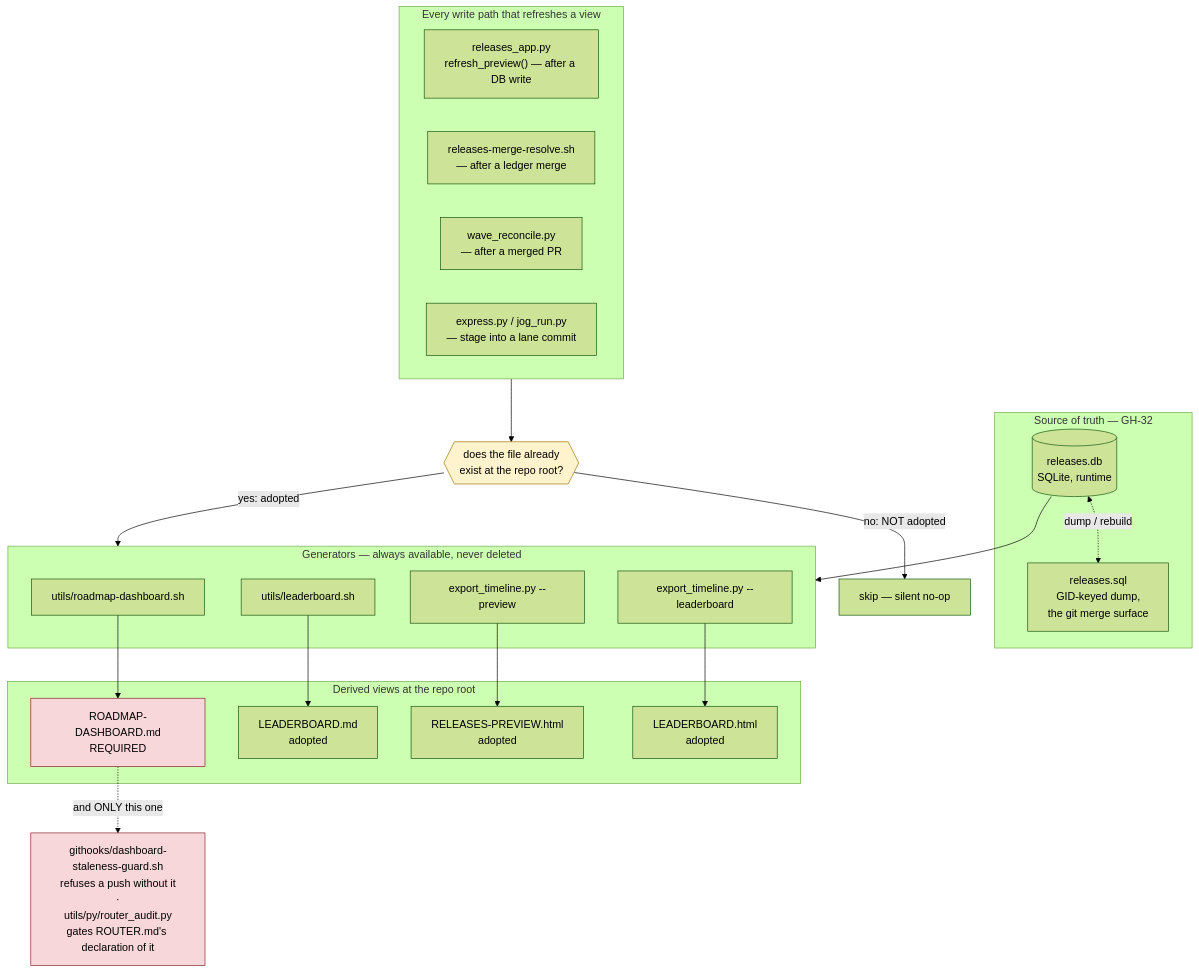
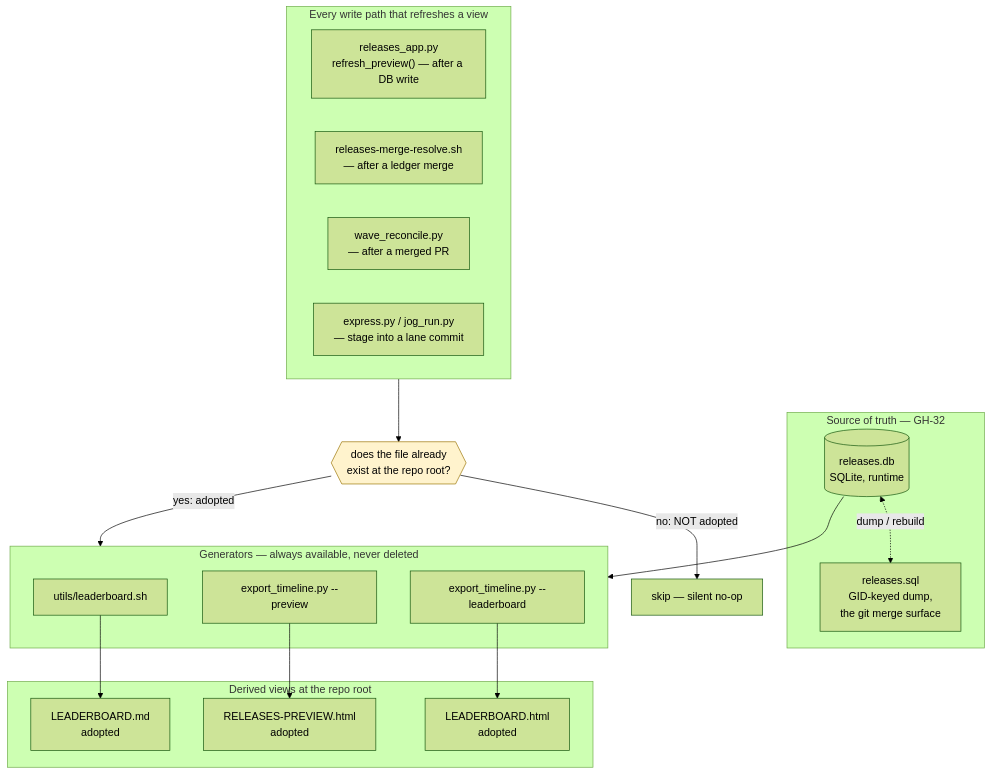
Before and after one commit to HiQS-Labs/XYZ-forge: the diagram in ARCHITECTURE.md, drawn with Mermaid (forest theme). The commit also changed other lines of this file and 59 other files, not shown here.

First line of the commit message:
feat(ledger): end-to-end removal of ROADMAP-DASHBOARD.md and view-staleness machinery (#567) (#576)

````diff
--- a/ARCHITECTURE.md
+++ b/ARCHITECTURE.md
@@ -384,46 +381,39 @@
 ```mermaid
 flowchart TD
     subgraph truth["Source of truth — GH-32"]
         DB[("releases.db<br/>SQLite, runtime")]
         SQL["releases.sql<br/>GID-keyed dump,<br/>the git merge surface"]
         DB <-. "dump / rebuild" .-> SQL
     end
 
     subgraph gens["Generators — always available, never deleted"]
-        G1["utils/roadmap-dashboard.sh"]
         G2["utils/leaderboard.sh"]
         G3["export_timeline.py --preview"]
         G4["export_timeline.py --leaderboard"]
     end
 
     subgraph views["Derived views at the repo root"]
-        V1["ROADMAP-DASHBOARD.md<br/>REQUIRED"]
         V2["LEADERBOARD.md<br/>adopted"]
         V3["RELEASES-PREVIEW.html<br/>adopted"]
         V4["LEADERBOARD.html<br/>adopted"]
     end
 
     subgraph consumers["Every write path that refreshes a view"]
         C1["releases_app.py<br/>refresh_preview() — after a DB write"]
         C2["releases-merge-resolve.sh<br/>— after a ledger merge"]
         C3["wave_reconcile.py<br/>— after a merged PR"]
         C4["express.py / jog_run.py<br/>— stage into a lane commit"]
     end
 
     GATE{{"does the file already<br/>exist at the repo root?"}}
 
     DB --> gens
     consumers --> GATE
     GATE -- "no: NOT adopted" --> SKIP["skip — silent no-op"]
     GATE -- "yes: adopted" --> gens
-    G1 --> V1
     G2 --> V2
     G3 --> V3
     G4 --> V4
 
-    V1 -. "and ONLY this one" .-> REQ["githooks/dashboard-staleness-guard.sh<br/>refuses a push without it<br/>·<br/>utils/py/router_audit.py<br/>gates ROUTER.md's declaration of it"]
-
     style GATE fill:#fff3cd,stroke:#997404
-    style REQ fill:#f8d7da,stroke:#842029
-    style V1 fill:#f8d7da,stroke:#842029
 ```
````
